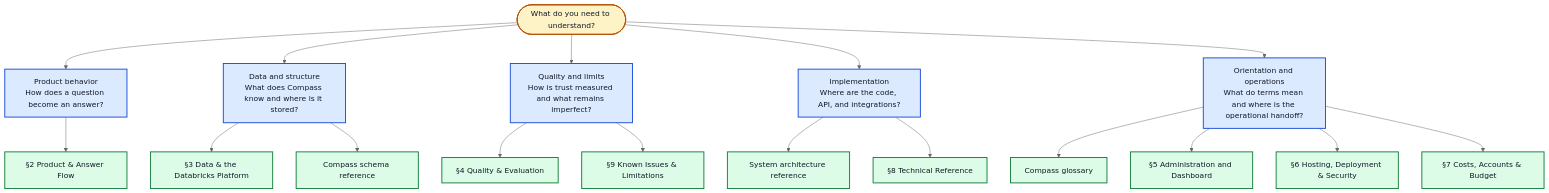
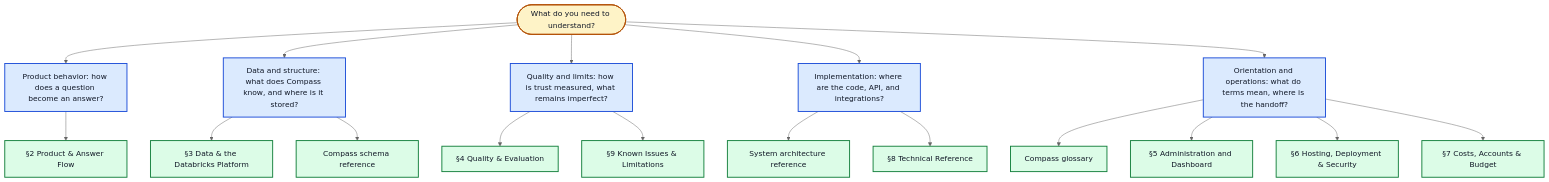
Before and after one commit to Starling-Strategy/compass: the second of 2 diagrams in docs/01-start-here.md, drawn with Mermaid (neutral theme). The commit also changed 4 other files, not shown here.

First line of the commit message:
docs: replace <br/> line breaks in mermaid labels with single-line text (#52)

````diff
--- a/docs/01-start-here.md
+++ b/docs/01-start-here.md
@@ -107,30 +107,30 @@
 ```mermaid
 flowchart TD
     START([What do you need to understand?])
 
-    START --> PRODUCT["Product behavior<br/>How does a question become an answer?"]
-    START --> DATA["Data and structure<br/>What does Compass know and where is it stored?"]
-    START --> TRUST["Quality and limits<br/>How is trust measured and what remains imperfect?"]
-    START --> TECH["Implementation<br/>Where are the code, API, and integrations?"]
-    START --> ORIENT["Orientation and operations<br/>What do terms mean and where is the operational handoff?"]
+    START --> PRODUCT["Product behavior: how does a question become an answer?"]
+    START --> DATA["Data and structure: what does Compass know, and where is it stored?"]
+    START --> TRUST["Quality and limits: how is trust measured, what remains imperfect?"]
+    START --> TECH["Implementation: where are the code, API, and integrations?"]
+    START --> ORIENT["Orientation and operations: what do terms mean, where is the handoff?"]
 
     PRODUCT --> D2["§2 Product & Answer Flow"]
     DATA --> D3["§3 Data & the Databricks Platform"]
     DATA --> DS["Compass schema reference"]
     TRUST --> D4["§4 Quality & Evaluation"]
     TRUST --> D9["§9 Known Issues & Limitations"]
     TECH --> ARCH["System architecture reference"]
     TECH --> D8["§8 Technical Reference"]
     ORIENT --> DG["Compass glossary"]
     ORIENT --> D5["§5 Administration and Dashboard"]
     ORIENT --> D6["§6 Hosting, Deployment & Security"]
     ORIENT --> D7["§7 Costs, Accounts & Budget"]
 
     classDef start fill:#fef3c7,stroke:#b45309,stroke-width:2px,color:#111827
     classDef question fill:#dbeafe,stroke:#1d4ed8,stroke-width:2px,color:#111827
     classDef destination fill:#dcfce7,stroke:#15803d,stroke-width:2px,color:#111827
 
     class START start
     class PRODUCT,DATA,TRUST,TECH,ORIENT question
     class D2,D3,DS,D4,ARCH,D8,D9,DG,D5,D6,D7 destination
 ```
````
